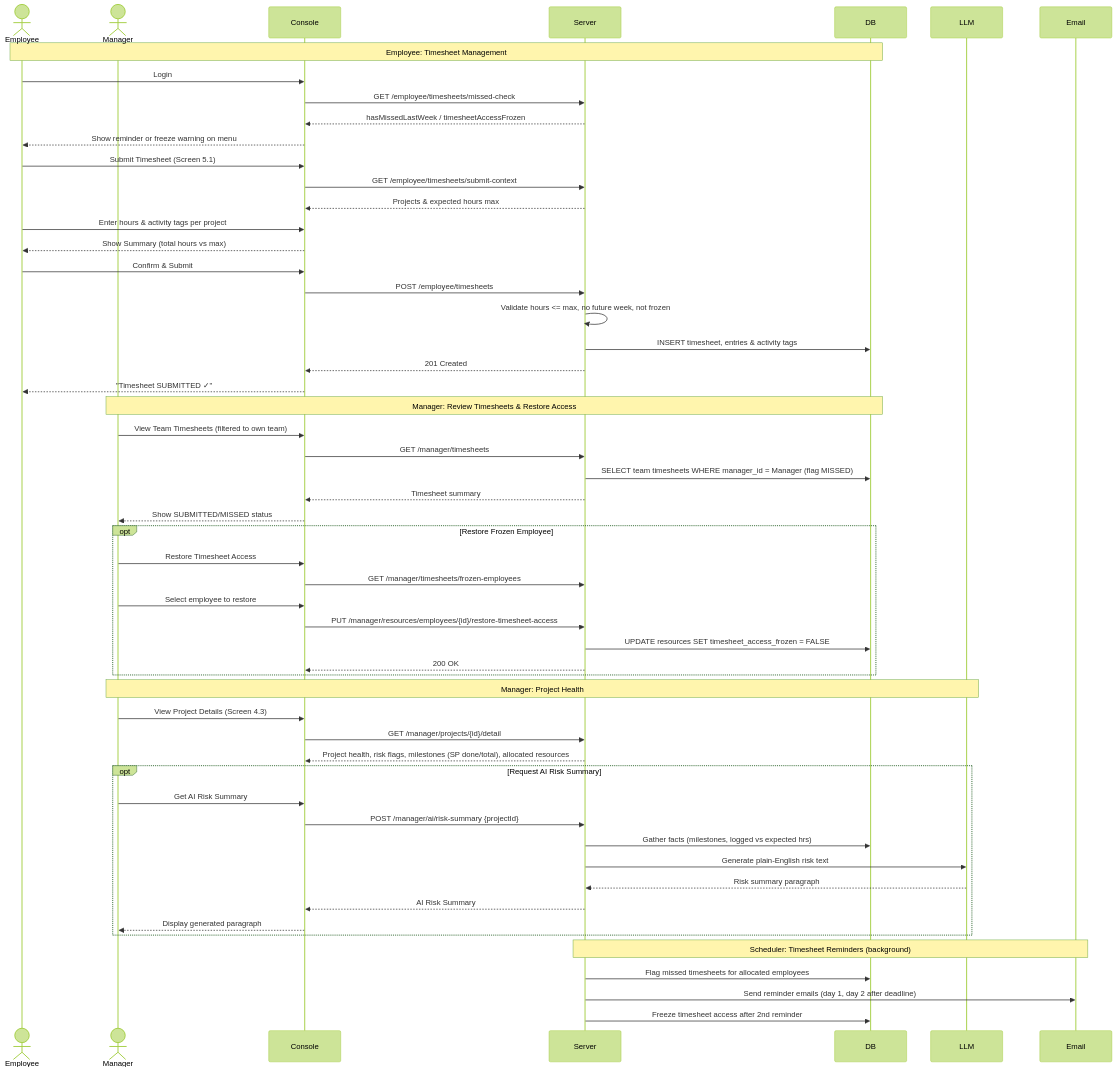
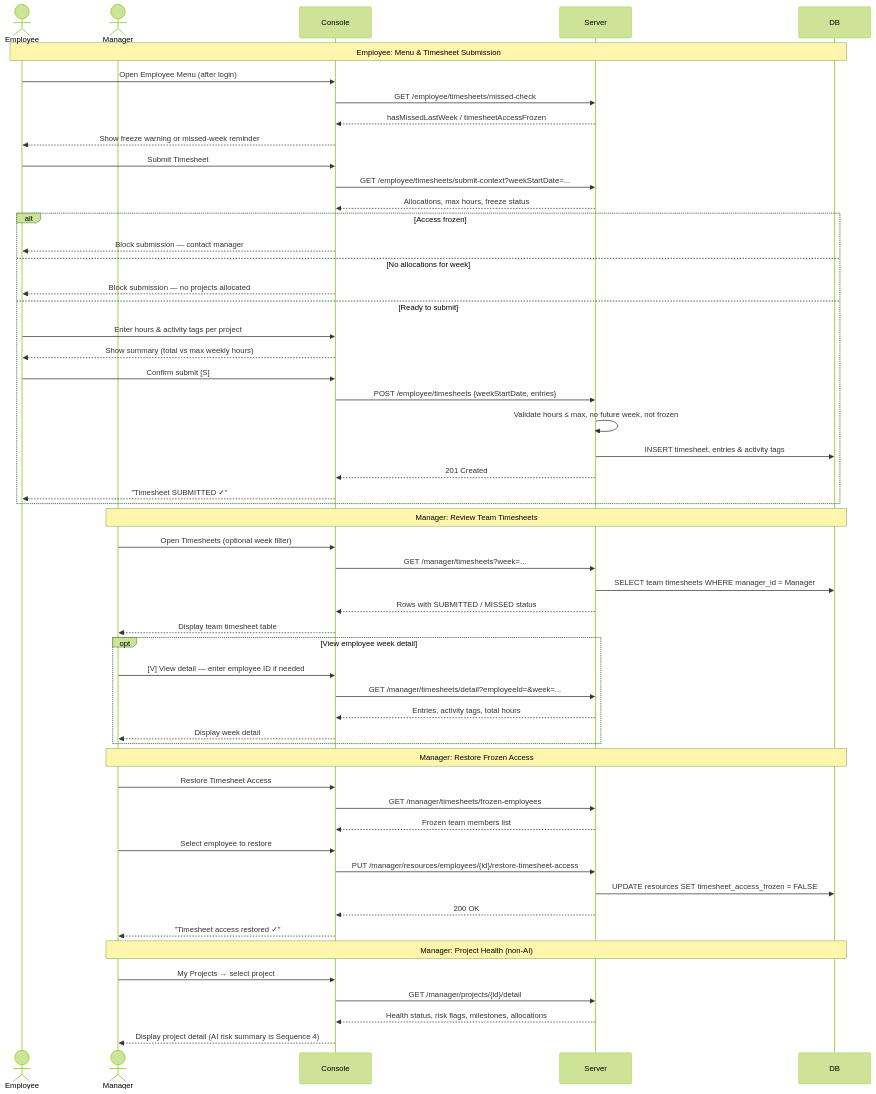
The fifth of 6 diagrams in UML Design/sequence_diagrams.md (RiyaAmetaITT/Project-Resource-Management-tool), drawn with Mermaid (forest theme) before and after one commit. The commit also changed other lines of this file and 1 other file, not shown here.

Commit message:
Added updated design diagram

````diff
--- a/UML Design/sequence_diagrams.md
+++ b/UML Design/sequence_diagrams.md
@@ -184,64 +252,62 @@
 ```mermaid
 sequenceDiagram
     actor Employee
     actor Manager
     participant Console
     participant Server
     participant DB
-    participant LLM
-    participant Email
 
-    Note over Employee,DB: Employee: Timesheet Management
-    Employee->>Console: Login
+    Note over Employee,DB: Employee: Menu & Timesheet Submission
+    Employee->>Console: Open Employee Menu (after login)
     Console->>Server: GET /employee/timesheets/missed-check
     Server-->>Console: hasMissedLastWeek / timesheetAccessFrozen
-    Console-->>Employee: Show reminder or freeze warning on menu
+    Console-->>Employee: Show freeze warning or missed-week reminder
 
-    Employee->>Console: Submit Timesheet (Screen 5.1)
-    Console->>Server: GET /employee/timesheets/submit-context
-    Server-->>Console: Projects & expected hours max
-    Employee->>Console: Enter hours & activity tags per project
-    Console-->>Employee: Show Summary (total hours vs max)
-    Employee->>Console: Confirm & Submit
-    Console->>Server: POST /employee/timesheets
-    Server->>Server: Validate hours <= max, no future week, not frozen
-    Server->>DB: INSERT timesheet, entries & activity tags
-    Server-->>Console: 201 Created
-    Console-->>Employee: "Timesheet SUBMITTED ✓"
-
-    Note over Manager,DB: Manager: Review Timesheets & Restore Access
-    Manager->>Console: View Team Timesheets (filtered to own team)
-    Console->>Server: GET /manager/timesheets
-    Server->>DB: SELECT team timesheets WHERE manager_id = Manager (flag MISSED)
-    Server-->>Console: Timesheet summary
-    Console-->>Manager: Show SUBMITTED/MISSED status
-
-    opt Restore Frozen Employee
-        Manager->>Console: Restore Timesheet Access
-        Console->>Server: GET /manager/timesheets/frozen-employees
-        Manager->>Console: Select employee to restore
-        Console->>Server: PUT /manager/resources/employees/{id}/restore-timesheet-access
-        Server->>DB: UPDATE resources SET timesheet_access_frozen = FALSE
-        Server-->>Console: 200 OK
+    Employee->>Console: Submit Timesheet
+    Console->>Server: GET /employee/timesheets/submit-context?weekStartDate=...
+    Server-->>Console: Allocations, max hours, freeze status
+    alt Access frozen
+        Console-->>Employee: Block submission — contact manager
+    else No allocations for week
+        Console-->>Employee: Block submission — no projects allocated
+    else Ready to submit
+        Employee->>Console: Enter hours & activity tags per project
+        Console-->>Employee: Show summary (total vs max weekly hours)
+        Employee->>Console: Confirm submit [S]
+        Console->>Server: POST /employee/timesheets {weekStartDate, entries}
+        Server->>Server: Validate hours ≤ max, no future week, not frozen
+        Server->>DB: INSERT timesheet, entries & activity tags
+        Server-->>Console: 201 Created
+        Console-->>Employee: "Timesheet SUBMITTED ✓"
     end
 
-    Note over Manager,LLM: Manager: Project Health
-    Manager->>Console: View Project Details (Screen 4.3)
-    Console->>Server: GET /manager/projects/{id}/detail
-    Server-->>Console: Project health, risk flags, milestones (SP done/total), allocated resources
+    Note over Manager,DB: Manager: Review Team Timesheets
+    Manager->>Console: Open Timesheets (optional week filter)
+    Console->>Server: GET /manager/timesheets?week=...
+    Server->>DB: SELECT team timesheets WHERE manager_id = Manager
+    Server-->>Console: Rows with SUBMITTED / MISSED status
+    Console-->>Manager: Display team timesheet table
 
-    opt Request AI Risk Summary
-        Manager->>Console: Get AI Risk Summary
-        Console->>Server: POST /manager/ai/risk-summary {projectId}
-        Server->>DB: Gather facts (milestones, logged vs expected hrs)
-        Server->>LLM: Generate plain-English risk text
-        LLM-->>Server: Risk summary paragraph
-        Server-->>Console: AI Risk Summary
-        Console-->>Manager: Display generated paragraph
+    opt View employee week detail
+        Manager->>Console: [V] View detail — enter employee ID if needed
+        Console->>Server: GET /manager/timesheets/detail?employeeId=&week=...
+        Server-->>Console: Entries, activity tags, total hours
+        Console-->>Manager: Display week detail
     end
 
-    Note over Server,Email: Scheduler: Timesheet Reminders (background)
-    Server->>DB: Flag missed timesheets for allocated employees
-    Server->>Email: Send reminder emails (day 1, day 2 after deadline)
-    Server->>DB: Freeze timesheet access after 2nd reminder
+    Note over Manager,DB: Manager: Restore Frozen Access
+    Manager->>Console: Restore Timesheet Access
+    Console->>Server: GET /manager/timesheets/frozen-employees
+    Server-->>Console: Frozen team members list
+    Manager->>Console: Select employee to restore
+    Console->>Server: PUT /manager/resources/employees/{id}/restore-timesheet-access
+    Server->>DB: UPDATE resources SET timesheet_access_frozen = FALSE
+    Server-->>Console: 200 OK
+    Console-->>Manager: "Timesheet access restored ✓"
+
+    Note over Manager,DB: Manager: Project Health (non-AI)
+    Manager->>Console: My Projects → select project
+    Console->>Server: GET /manager/projects/{id}/detail
+    Server-->>Console: Health status, risk flags, milestones, allocations
+    Console-->>Manager: Display project detail (AI risk summary is Sequence 4)
 ```
````
